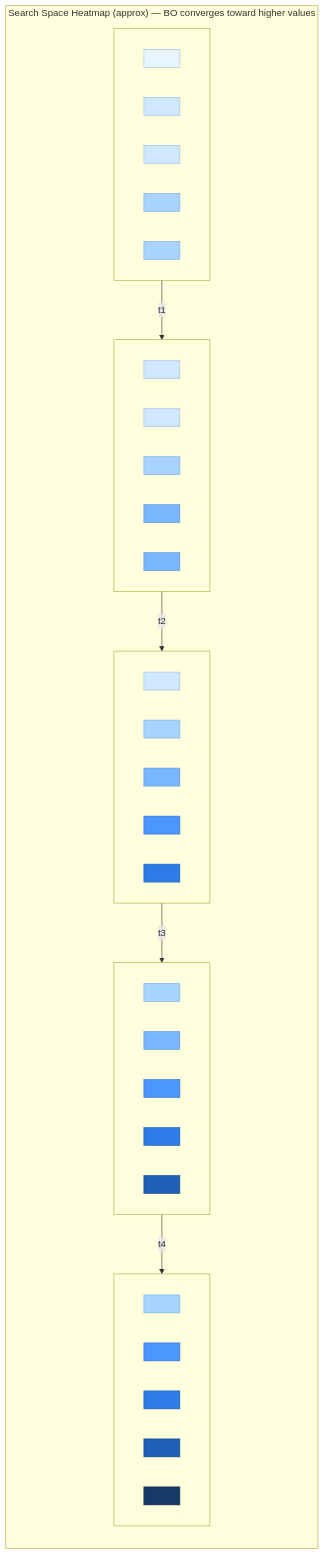
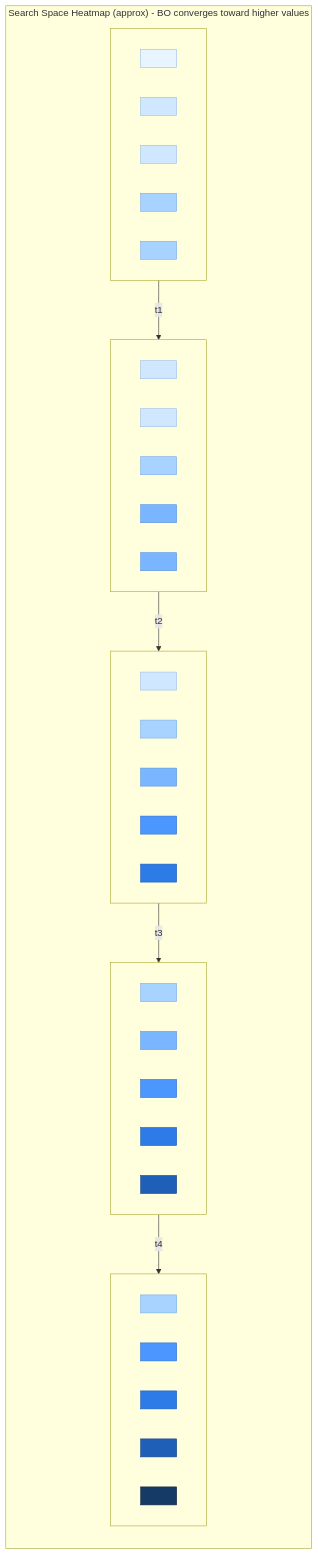
The second of 5 diagrams in _posts/2026-02-25-virality-bo.md (ChinmayA301/ChinmayA301.github.io), drawn with Mermaid before and after one commit. The commit also changed other lines of this file and 31 other files, not shown here.

````diff
--- a/_posts/2026-02-25-virality-bo.md
+++ b/_posts/2026-02-25-virality-bo.md
@@ -268,72 +268,72 @@
 ```mermaid
 flowchart TB
   %% "Heatmap-style" BO convergence (Mermaid can't render true heatmaps,
   %% so we approximate with a colored grid + a trajectory overlay)
 
-  subgraph H["Search Space Heatmap (approx) — BO converges toward higher values"]
+  subgraph H["Search Space Heatmap (approx) - BO converges toward higher values"]
     direction TB
 
     %% Row 1 (low to medium)
     subgraph R1[" "]
       direction LR
       A11[" "]:::v1
       A12[" "]:::v2
       A13[" "]:::v2
       A14[" "]:::v3
       A15[" "]:::v3
     end
 
     %% Row 2
     subgraph R2[" "]
       direction LR
       A21[" "]:::v2
       A22[" "]:::v2
       A23[" "]:::v3
       A24[" "]:::v4
       A25[" "]:::v4
     end
 
     %% Row 3
     subgraph R3[" "]
       direction LR
       A31[" "]:::v2
       A32[" "]:::v3
       A33[" "]:::v4
       A34[" "]:::v5
       A35[" "]:::v6
     end
 
     %% Row 4
     subgraph R4[" "]
       direction LR
       A41[" "]:::v3
       A42[" "]:::v4
       A43[" "]:::v5
       A44[" "]:::v6
       A45[" "]:::v7
     end
 
     %% Row 5 (high region / optimum neighborhood)
     subgraph R5[" "]
       direction LR
       A51[" "]:::v3
       A52[" "]:::v5
       A53[" "]:::v6
       A54[" "]:::v7
       A55[" "]:::v8
     end
   end
 
   %% BO evaluation trajectory overlay (sample points over iterations)
   A11 -->|t1| A22 -->|t2| A33 -->|t3| A44 -->|t4| A55
 
   %% Color scale (cool -> hot)
   classDef v1 fill:#e8f4ff,stroke:#9dbfe6,stroke-width:1px;
   classDef v2 fill:#cfe8ff,stroke:#9dbfe6,stroke-width:1px;
   classDef v3 fill:#a8d2ff,stroke:#7aaee6,stroke-width:1px;
   classDef v4 fill:#7ab6ff,stroke:#5a95de,stroke-width:1px;
   classDef v5 fill:#4b97ff,stroke:#2f6fce,stroke-width:1px,color:#fff;
   classDef v6 fill:#2d7be6,stroke:#1f5fb8,stroke-width:1px,color:#fff;
   classDef v7 fill:#1f5fb8,stroke:#164787,stroke-width:1px,color:#fff;
   classDef v8 fill:#163a66,stroke:#0f2745,stroke-width:1px,color:#fff;
 ```
````
